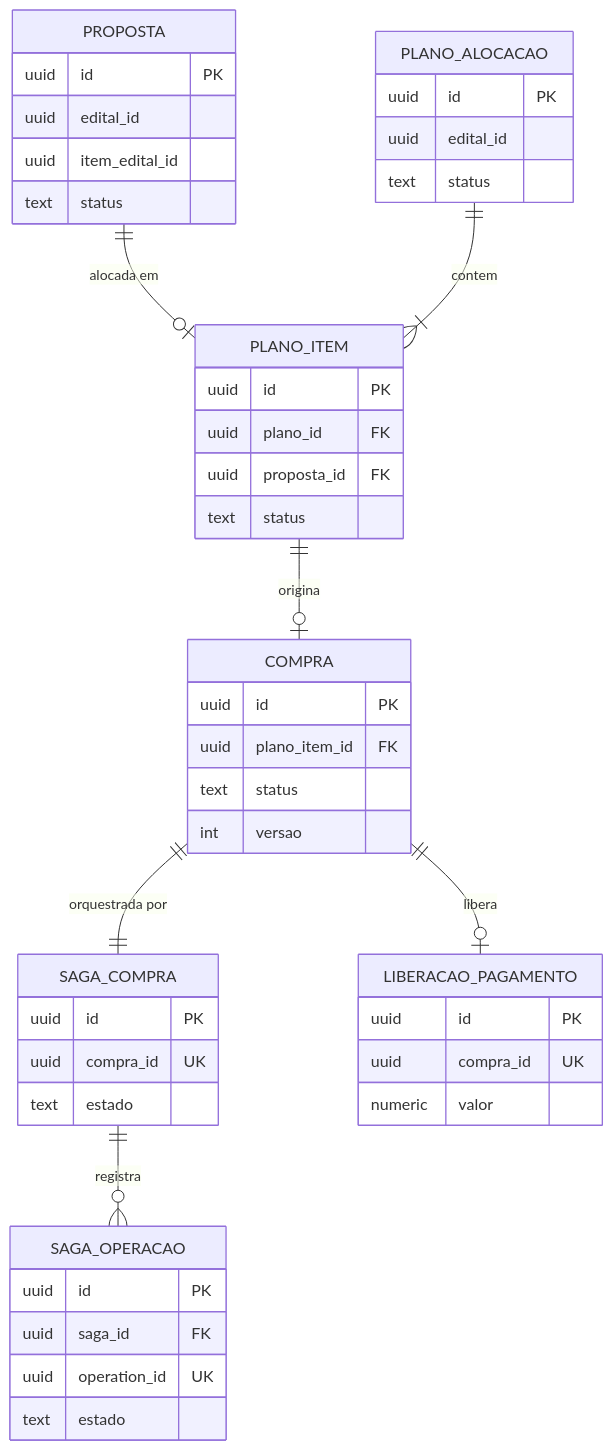
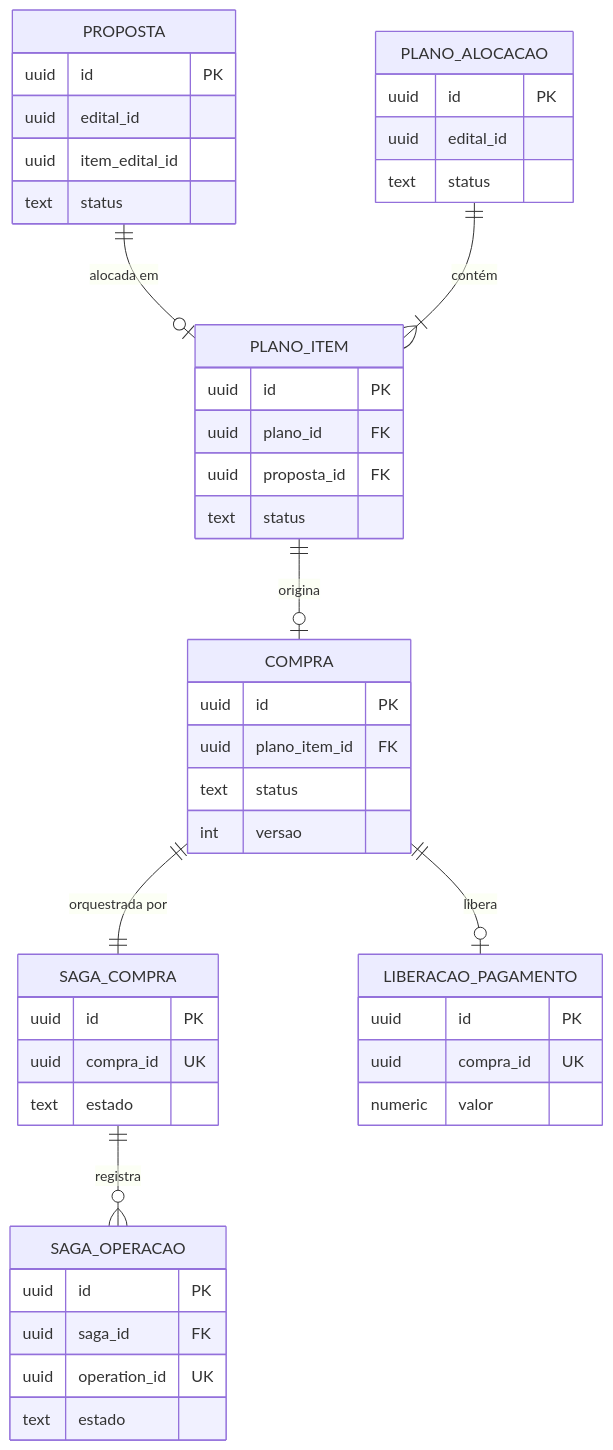
Before and after one commit to camidebem/CampoConecta: the first of 4 diagrams in docs/parte2/02-dados-outbox.md, drawn with Mermaid.

Commit message:
docs: corrige acentuacao no diagrama

````diff
--- a/docs/parte2/02-dados-outbox.md
+++ b/docs/parte2/02-dados-outbox.md
@@ -79,49 +79,49 @@
 ```mermaid
 erDiagram
     PROPOSTA ||--o| PLANO_ITEM : "alocada em"
-    PLANO_ALOCACAO ||--|{ PLANO_ITEM : "contem"
+    PLANO_ALOCACAO ||--|{ PLANO_ITEM : "contém"
     PLANO_ITEM ||--o| COMPRA : "origina"
     COMPRA ||--|| SAGA_COMPRA : "orquestrada por"
     SAGA_COMPRA ||--o{ SAGA_OPERACAO : "registra"
     COMPRA ||--o| LIBERACAO_PAGAMENTO : "libera"
 
     PROPOSTA {
         uuid id PK
         uuid edital_id
         uuid item_edital_id
         text status
     }
     PLANO_ALOCACAO {
         uuid id PK
         uuid edital_id
         text status
     }
     PLANO_ITEM {
         uuid id PK
         uuid plano_id FK
         uuid proposta_id FK
         text status
     }
     COMPRA {
         uuid id PK
         uuid plano_item_id FK
         text status
         int versao
     }
     SAGA_COMPRA {
         uuid id PK
         uuid compra_id UK
         text estado
     }
     SAGA_OPERACAO {
         uuid id PK
         uuid saga_id FK
         uuid operation_id UK
         text estado
     }
     LIBERACAO_PAGAMENTO {
         uuid id PK
         uuid compra_id UK
         numeric valor
     }
 ```
````
